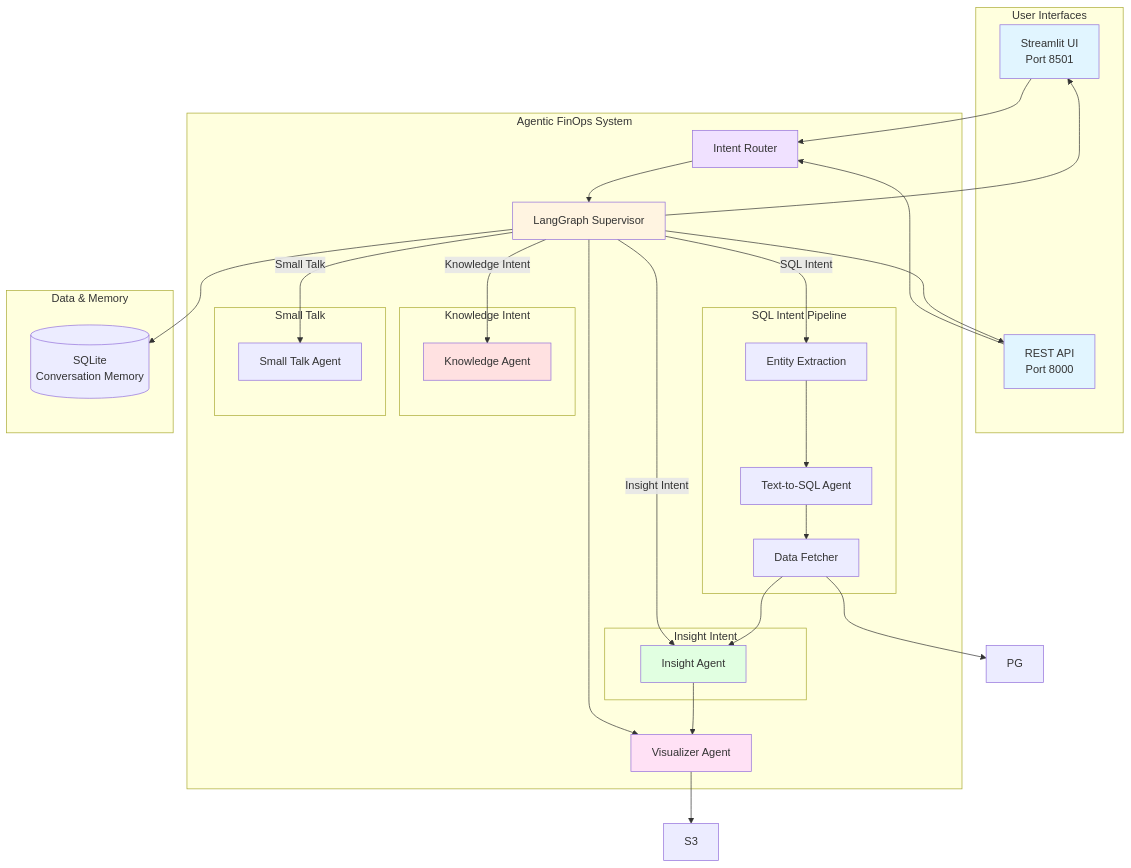
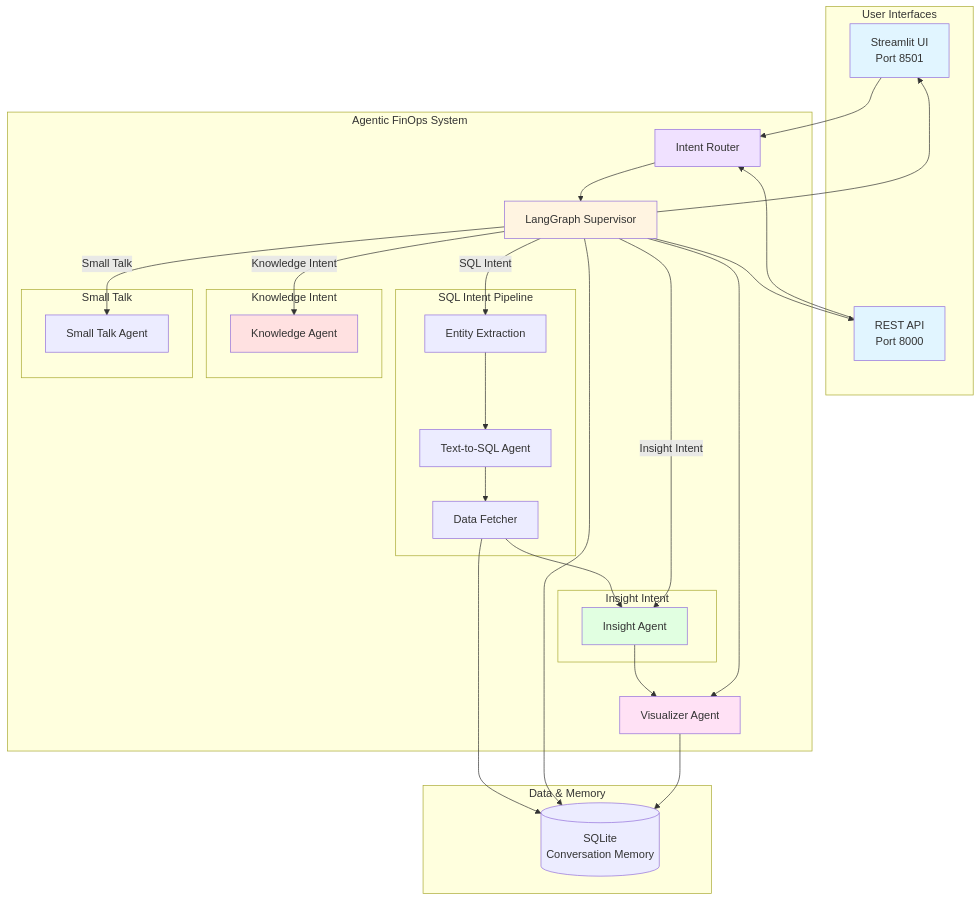
Before and after one commit to Suchi-BITS/ReadyTensor_Project-2: the first of 8 diagrams in rd.md, drawn with Mermaid.

````diff
--- a/rd.md
+++ b/rd.md
@@ -104,66 +104,66 @@
 ```mermaid
 graph TB
     subgraph "User Interfaces"
         UI[Streamlit UI<br/>Port 8501]
         API[REST API<br/>Port 8000]
     end
     
     subgraph "Agentic FinOps System"
         Router[Intent Router]
         Supervisor[LangGraph Supervisor]
         
         subgraph "SQL Intent Pipeline"
             Entity[Entity Extraction]
             Text2SQL[Text-to-SQL Agent]
             DataFetcher[Data Fetcher]
         end
         
         subgraph "Insight Intent"
             Insight[Insight Agent]
         end
         
         subgraph "Knowledge Intent"
             Knowledge[Knowledge Agent]
         end
         
         subgraph "Small Talk"
             SmallTalk[Small Talk Agent]
         end
         
         Visualizer[Visualizer Agent]
     end
     
     subgraph "Data & Memory"
         
         SQLite[(SQLite<br/>Conversation Memory)]
         
     end
     
     UI --> Router
     API --> Router
     Router --> Supervisor
     Supervisor -->|SQL Intent| Entity
     Entity --> Text2SQL
     Text2SQL --> DataFetcher
     DataFetcher --> Insight
     Supervisor -->|Insight Intent| Insight
     Supervisor -->|Knowledge Intent| Knowledge
     Supervisor -->|Small Talk| SmallTalk
     Insight --> Visualizer
     Supervisor --> Visualizer
     
-    DataFetcher --> PG
+    DataFetcher --> SQLite
     Supervisor --> SQLite
-    Visualizer --> S3
+    Visualizer --> SQLite
     
     Supervisor --> UI
     Supervisor --> API
     
     style UI fill:#e1f5ff
     style API fill:#e1f5ff
     style Supervisor fill:#fff4e1
     style Router fill:#f0e1ff
     style Insight fill:#e1ffe1
     style Knowledge fill:#ffe1e1
     style Visualizer fill:#ffe1f5
 ```
````
